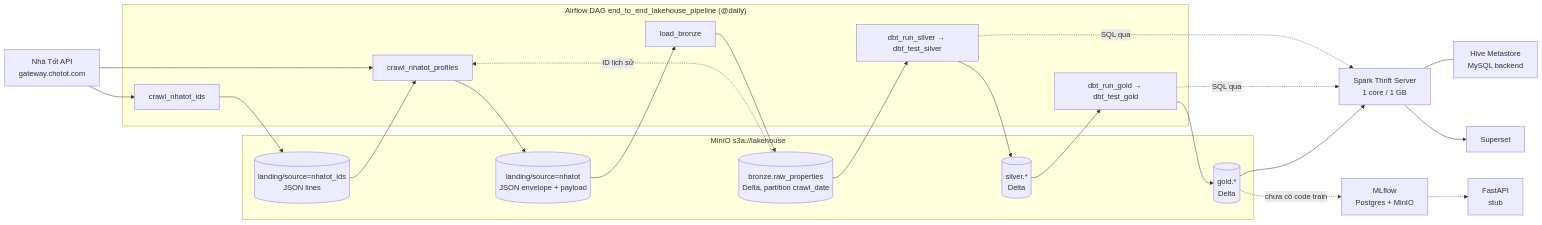
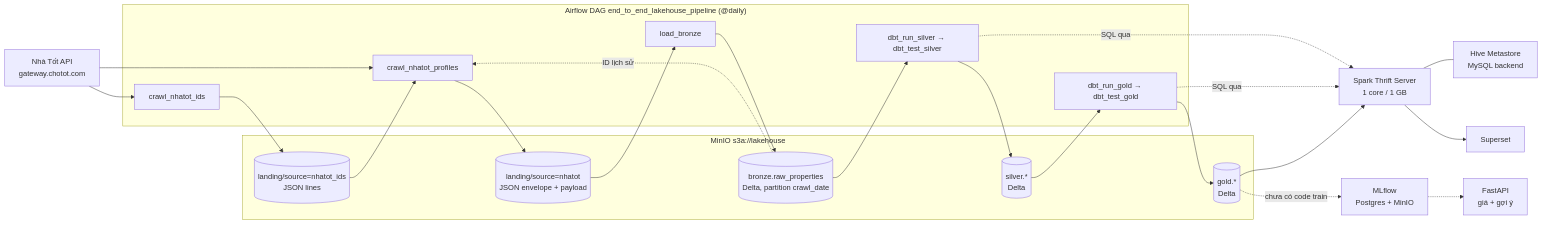
The diagram in docs/ARCHITECTURE.md (huanchaunhat/KLTN_LakeHouse_Real_Estate_ML), drawn with Mermaid before and after one commit. The commit also changed other lines of this file and 24 other files, not shown here.

Commit message:
feat: redo the demo web interface, optimize the architecture, and write the documentation

````diff
--- a/docs/ARCHITECTURE.md
+++ b/docs/ARCHITECTURE.md
@@ -23,37 +23,37 @@
 ```mermaid
 flowchart LR
     API[Nhà Tốt API<br/>gateway.chotot.com]
 
     subgraph Airflow["Airflow DAG end_to_end_lakehouse_pipeline (@daily)"]
         T1[crawl_nhatot_ids]
         T2[crawl_nhatot_profiles]
         T3[load_bronze]
         T4[dbt_run_silver → dbt_test_silver]
         T5[dbt_run_gold → dbt_test_gold]
     end
 
     subgraph MinIO["MinIO s3a://lakehouse"]
         L1[(landing/source=nhatot_ids<br/>JSON lines)]
         L2[(landing/source=nhatot<br/>JSON envelope + payload)]
         B[(bronze.raw_properties<br/>Delta, partition crawl_date)]
         S[(silver.*<br/>Delta)]
         G[(gold.*<br/>Delta)]
     end
 
     HMS[Hive Metastore<br/>MySQL backend]
     STS[Spark Thrift Server<br/>1 core / 1 GB]
     SUP[Superset]
     MLF[MLflow<br/>Postgres + MinIO]
-    FA[FastAPI<br/>stub]
+    FA[FastAPI<br/>giá + gợi ý]
 
     API --> T1 --> L1
     L1 --> T2
     B -. ID lịch sử .-> T2
     API --> T2 --> L2
     L2 --> T3 --> B
     B --> T4 --> S --> T5 --> G
     T4 & T5 -. SQL qua .-> STS
     STS --- HMS
     G --> STS --> SUP
     G -. chưa có code train .-> MLF -.-> FA
 ```
````
